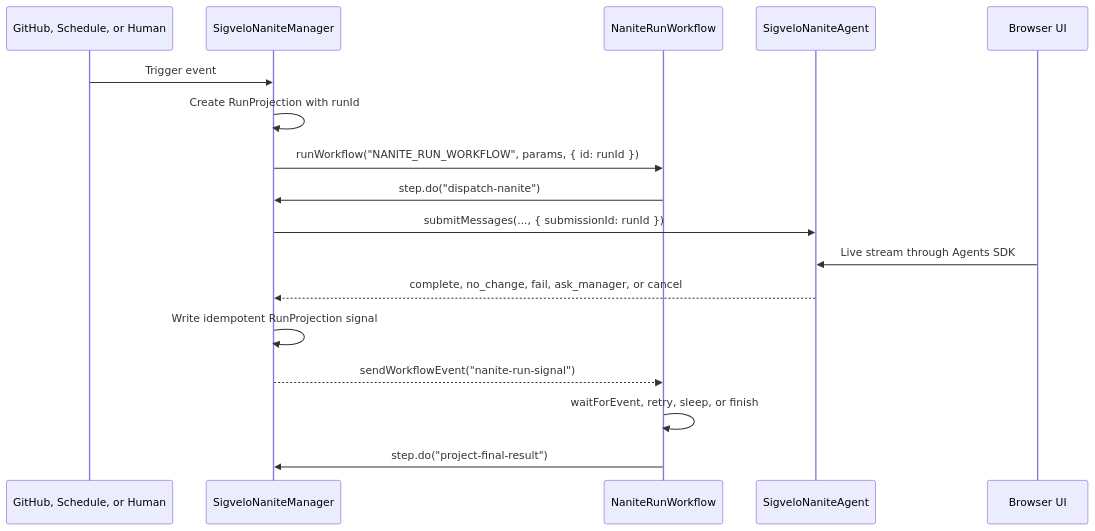
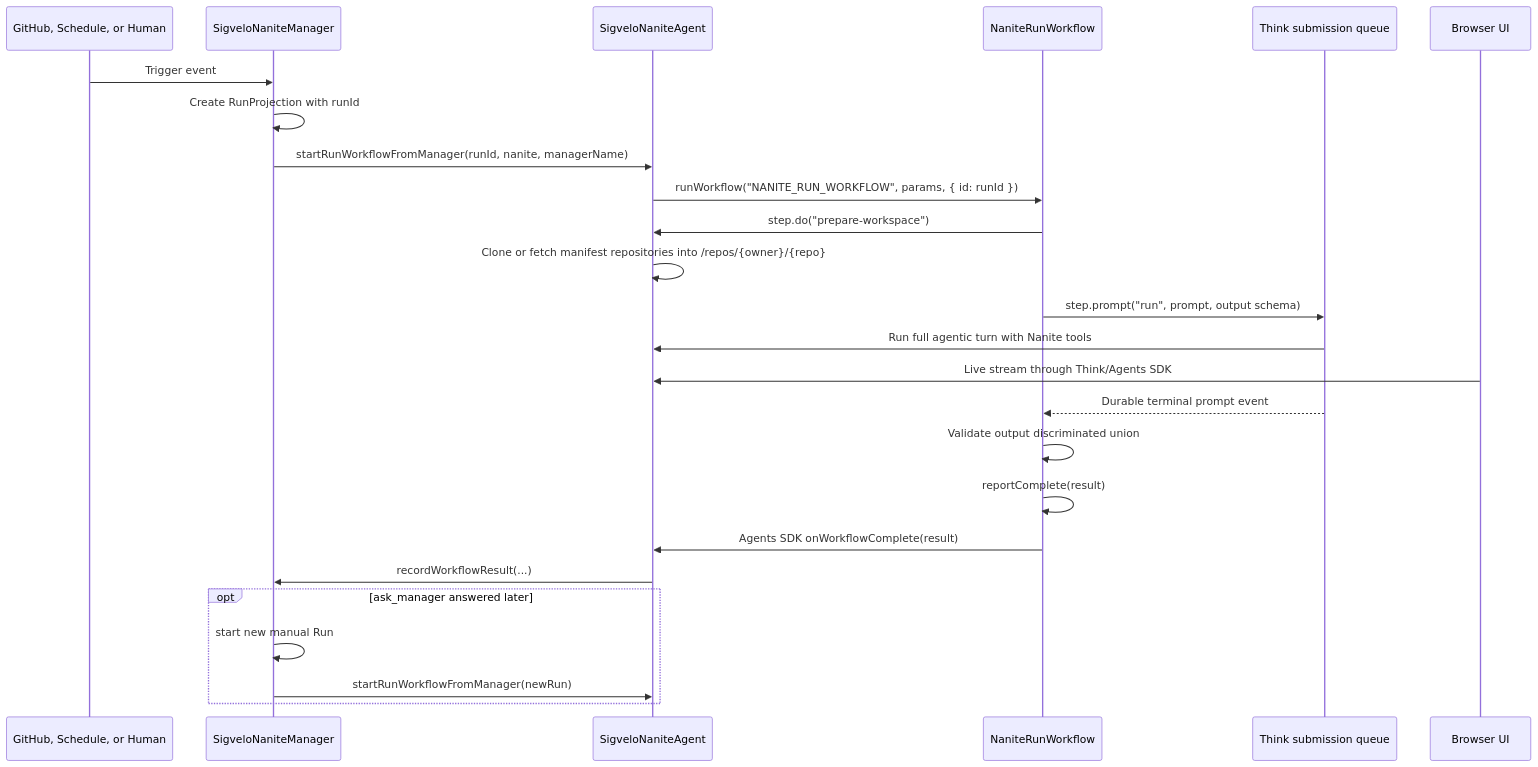
The diagram in docs/architecture/references/workflow-backed-nanite-runs.md (WebMCP-org/nanites), drawn with Mermaid before and after one commit. The commit also changed other lines of this file and 58 other files, not shown here.

First line of the commit message:
Adopt workflow-backed Nanite runs

````diff
--- a/docs/architecture/references/workflow-backed-nanite-runs.md
+++ b/docs/architecture/references/workflow-backed-nanite-runs.md
@@ -71,20 +133,28 @@
 ```mermaid
 sequenceDiagram
   participant Event as GitHub, Schedule, or Human
   participant Manager as SigveloNaniteManager
+  participant Nanite as SigveloNaniteAgent
   participant Workflow as NaniteRunWorkflow
-  participant Nanite as SigveloNaniteAgent
+  participant Think as Think submission queue
   participant UI as Browser UI
 
   Event->>Manager: Trigger event
   Manager->>Manager: Create RunProjection with runId
-  Manager->>Workflow: runWorkflow("NANITE_RUN_WORKFLOW", params, { id: runId })
-  Workflow->>Manager: step.do("dispatch-nanite")
-  Manager->>Nanite: submitMessages(..., { submissionId: runId })
-  UI->>Nanite: Live stream through Agents SDK
-  Nanite-->>Manager: complete, no_change, fail, ask_manager, or cancel
-  Manager->>Manager: Write idempotent RunProjection signal
-  Manager-->>Workflow: sendWorkflowEvent("nanite-run-signal")
-  Workflow->>Workflow: waitForEvent, retry, sleep, or finish
-  Workflow->>Manager: step.do("project-final-result")
+  Manager->>Nanite: startRunWorkflowFromManager(runId, nanite, managerName)
+  Nanite->>Workflow: runWorkflow("NANITE_RUN_WORKFLOW", params, { id: runId })
+  Workflow->>Nanite: step.do("prepare-workspace")
+  Nanite->>Nanite: Clone or fetch manifest repositories into /repos/{owner}/{repo}
+  Workflow->>Think: step.prompt("run", prompt, output schema)
+  Think->>Nanite: Run full agentic turn with Nanite tools
+  UI->>Nanite: Live stream through Think/Agents SDK
+  Think-->>Workflow: Durable terminal prompt event
+  Workflow->>Workflow: Validate output discriminated union
+  Workflow->>Workflow: reportComplete(result)
+  Workflow->>Nanite: Agents SDK onWorkflowComplete(result)
+  Nanite->>Manager: recordWorkflowResult(...)
+  opt ask_manager answered later
+    Manager->>Manager: start new manual Run
+    Manager->>Nanite: startRunWorkflowFromManager(newRun)
+  end
 ```
````
